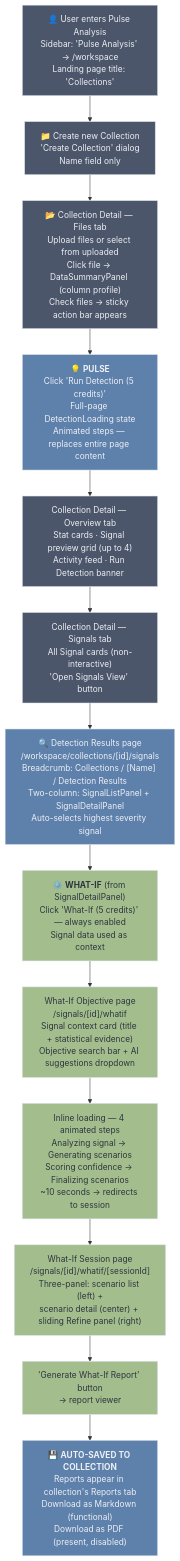
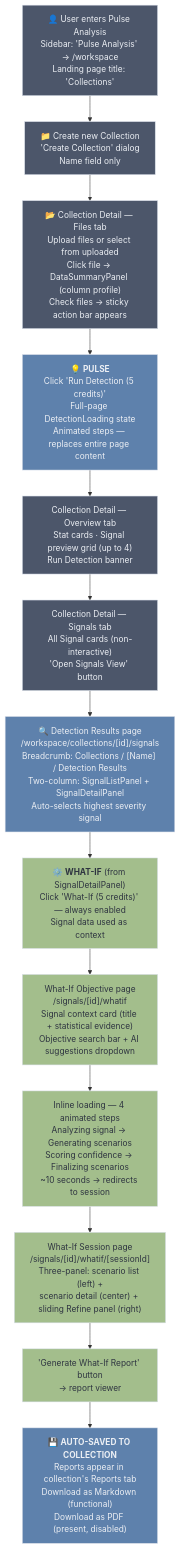
Before and after one commit to nuelo-ai/nuelo-spectra: the fifth of 6 diagrams in requirements/Spectra-Pulse-Requirement-v2.md, drawn with Mermaid. The commit also changed other lines of this file and 1 other file, not shown here.

First line of the commit message:
docs(requirements): add Activity tab requirement for v0.9

````diff
--- a/requirements/Spectra-Pulse-Requirement-v2.md
+++ b/requirements/Spectra-Pulse-Requirement-v2.md
@@ -232,33 +232,33 @@
 ```mermaid
 graph TD
     Start["👤 User enters Pulse Analysis<br/>Sidebar: 'Pulse Analysis' → /workspace<br/>Landing page title: 'Collections'"] --> Create["📁 Create new Collection<br/>'Create Collection' dialog<br/>Name field only"]
     Create --> Files["📂 Collection Detail — Files tab<br/>Upload files or select from uploaded<br/>Click file → DataSummaryPanel (column profile)<br/>Check files → sticky action bar appears"]
     Files --> Pulse["💡 <b>PULSE</b><br/>Click 'Run Detection (5 credits)'<br/>Full-page DetectionLoading state<br/>Animated steps — replaces entire page content"]
 
-    Pulse --> Overview["Collection Detail — Overview tab<br/>Stat cards · Signal preview grid (up to 4)<br/>Activity feed · Run Detection banner"]
+    Pulse --> Overview["Collection Detail — Overview tab<br/>Stat cards · Signal preview grid (up to 4)<br/>Run Detection banner"]
     Overview --> SignalsTab["Collection Detail — Signals tab<br/>All Signal cards (non-interactive)<br/>'Open Signals View' button"]
     SignalsTab --> DetectionResults["🔍 Detection Results page<br/>/workspace/collections/[id]/signals<br/>Breadcrumb: Collections / [Name] / Detection Results<br/>Two-column: SignalListPanel + SignalDetailPanel<br/>Auto-selects highest severity signal"]
 
     DetectionResults --> WhatIfEntry["⚙️ <b>WHAT-IF</b> (from SignalDetailPanel)<br/>Click 'What-If (5 credits)' — always enabled<br/>Signal data used as context"]
 
     WhatIfEntry --> WhatIfObj["What-If Objective page<br/>/signals/[id]/whatif<br/>Signal context card (title + statistical evidence)<br/>Objective search bar + AI suggestions dropdown"]
     WhatIfObj --> WhatIfLoad["Inline loading — 4 animated steps<br/>Analyzing signal → Generating scenarios<br/>Scoring confidence → Finalizing scenarios<br/>~10 seconds → redirects to session"]
     WhatIfLoad --> Session["What-If Session page<br/>/signals/[id]/whatif/[sessionId]<br/>Three-panel: scenario list (left) +<br/>scenario detail (center) + sliding Refine panel (right)"]
     Session --> WhatIfReport["'Generate What-If Report' button<br/>→ report viewer"]
 
     WhatIfReport --> Save["💾 <b>AUTO-SAVED TO COLLECTION</b><br/>Reports appear in collection's Reports tab<br/>Download as Markdown (functional)<br/>Download as PDF (present, disabled)"]
 
     style Start fill:#4C566A,stroke:#D8DEE9,color:#ECEFF4
     style Create fill:#4C566A,stroke:#D8DEE9,color:#ECEFF4
     style Files fill:#4C566A,stroke:#D8DEE9,color:#ECEFF4
     style Pulse fill:#5E81AC,stroke:#D8DEE9,color:#ECEFF4
     style Overview fill:#4C566A,stroke:#D8DEE9,color:#ECEFF4
     style SignalsTab fill:#4C566A,stroke:#D8DEE9,color:#ECEFF4
     style DetectionResults fill:#5E81AC,stroke:#D8DEE9,color:#ECEFF4
     style WhatIfEntry fill:#A3BE8C,stroke:#D8DEE9,color:#2E3440
     style WhatIfObj fill:#A3BE8C,stroke:#D8DEE9,color:#2E3440
     style WhatIfLoad fill:#A3BE8C,stroke:#D8DEE9,color:#2E3440
     style Session fill:#A3BE8C,stroke:#D8DEE9,color:#2E3440
     style WhatIfReport fill:#A3BE8C,stroke:#D8DEE9,color:#2E3440
     style Save fill:#5E81AC,stroke:#D8DEE9,color:#ECEFF4
 ```
````
